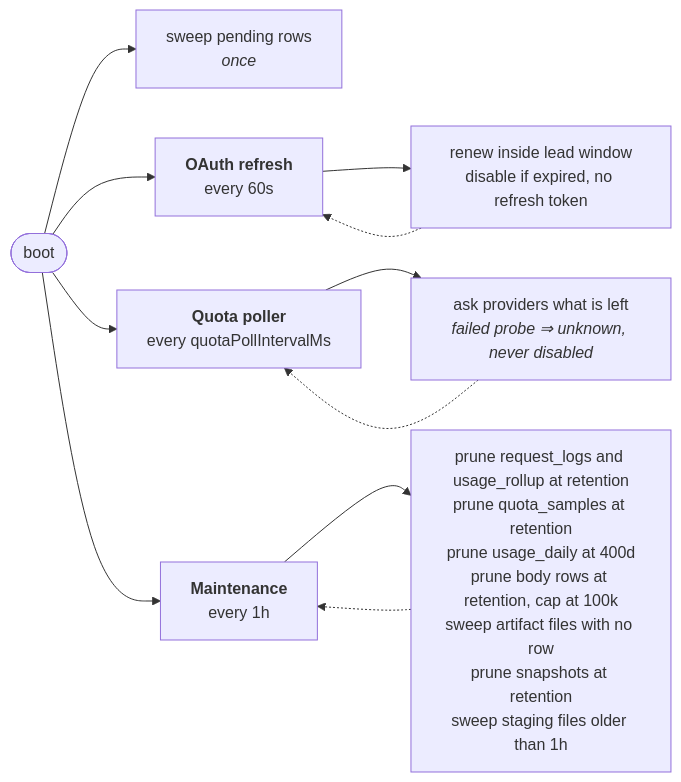
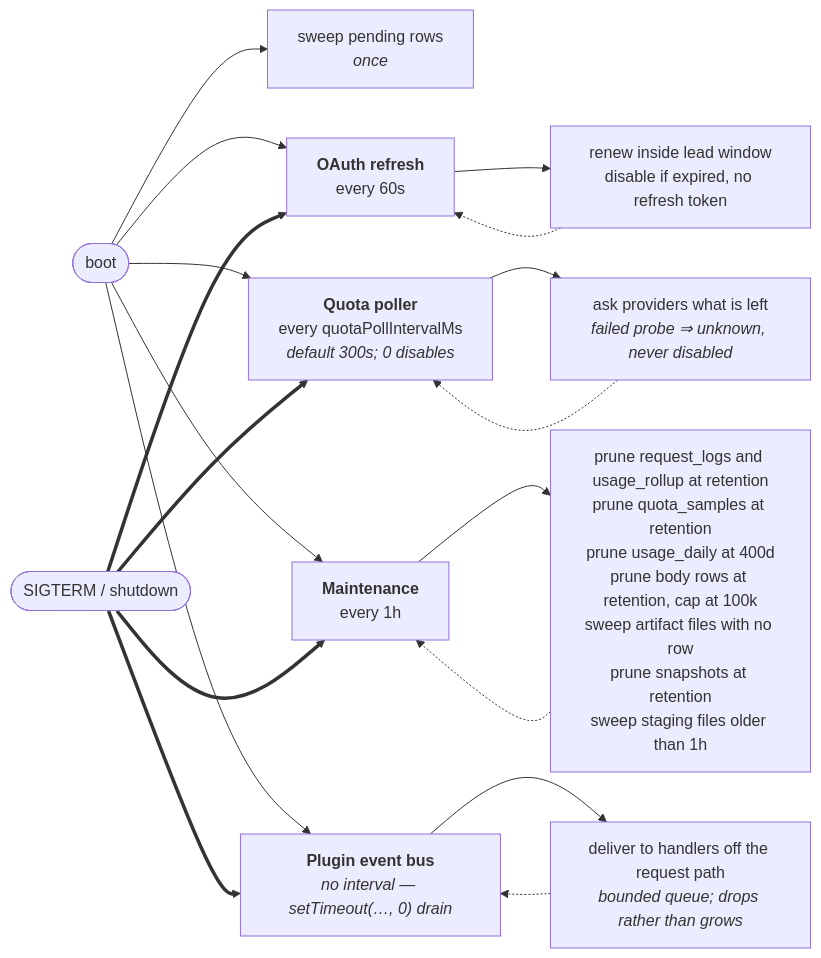
One commit to harismawan/omnigateway changed the eighth of 16 diagrams in ARCHITECTURE.md. Above: the diagram before and after it, drawn with Mermaid. The commit also changed other lines of this file and 2 other files, not shown here.

First line of the commit message:
docs: correct README and ARCHITECTURE against the code

````diff
--- a/ARCHITECTURE.md
+++ b/ARCHITECTURE.md
@@ -496,15 +301,20 @@
 ```mermaid
 flowchart LR
   boot([boot]) --> sweep["sweep pending rows<br/><i>once</i>"]
   boot --> oauth
   boot --> quota
   boot --> maint
+  boot --> bus
 
   oauth["<b>OAuth refresh</b><br/>every 60s"] --> oauthJob["renew inside lead window<br/>disable if expired, no refresh token"]
-  quota["<b>Quota poller</b><br/>every quotaPollIntervalMs"] --> quotaJob["ask providers what is left<br/><i>failed probe ⇒ unknown, never disabled</i>"]
+  quota["<b>Quota poller</b><br/>every quotaPollIntervalMs<br/><i>default 300s; 0 disables</i>"] --> quotaJob["ask providers what is left<br/><i>failed probe ⇒ unknown, never disabled</i>"]
   maint["<b>Maintenance</b><br/>every 1h"] --> maintJob["prune request_logs and usage_rollup at retention<br/>prune quota_samples at retention<br/>prune usage_daily at 400d<br/>prune body rows at retention, cap at 100k<br/>sweep artifact files with no row<br/>prune snapshots at retention<br/>sweep staging files older than 1h"]
+  bus["<b>Plugin event bus</b><br/><i>no interval — setTimeout(…, 0) drain</i>"] --> busJob["deliver to handlers off the request path<br/><i>bounded queue; drops rather than grows</i>"]
 
   oauthJob -.-> oauth
   quotaJob -.-> quota
   maintJob -.-> maint
+  busJob -.-> bus
+
+  stop([SIGTERM / shutdown]) ==> oauth & quota & maint & bus
 ```
````
